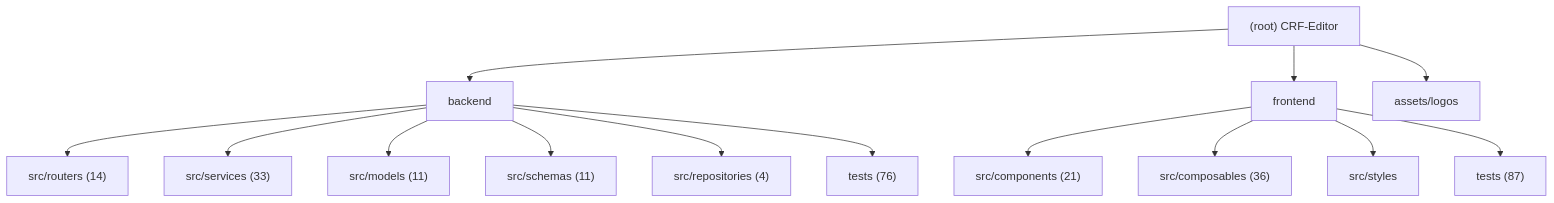
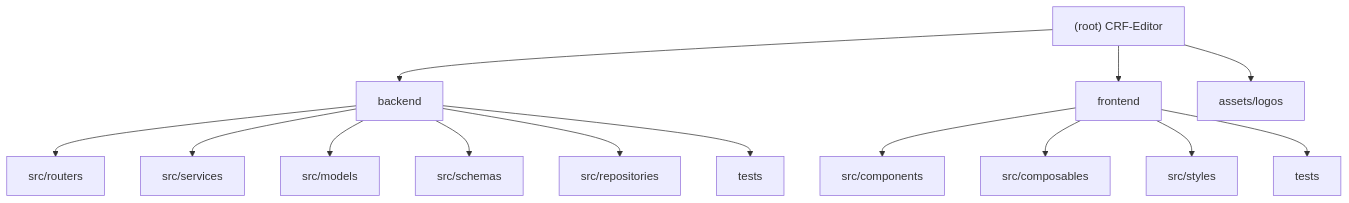
Before and after one commit to decade6666/CRF-Editor: the diagram in .claude/CLAUDE.md, drawn with Mermaid. The commit also changed other lines of this file and 6 other files, not shown here.

````diff
--- a/.claude/CLAUDE.md
+++ b/.claude/CLAUDE.md
@@ -15,19 +15,19 @@
 ```mermaid
 graph TD
     A["(root) CRF-Editor"] --> B["backend"];
-    B --> B1["src/routers (14)"];
-    B --> B2["src/services (33)"];
-    B --> B3["src/models (11)"];
-    B --> B4["src/schemas (11)"];
-    B --> B5["src/repositories (4)"];
-    B --> B6["tests (76)"];
+    B --> B1["src/routers"];
+    B --> B2["src/services"];
+    B --> B3["src/models"];
+    B --> B4["src/schemas"];
+    B --> B5["src/repositories"];
+    B --> B6["tests"];
     A --> C["frontend"];
-    C --> C1["src/components (21)"];
-    C --> C2["src/composables (36)"];
+    C --> C1["src/components"];
+    C --> C2["src/composables"];
     C --> C3["src/styles"];
-    C --> C4["tests (87)"];
+    C --> C4["tests"];
     A --> D["assets/logos"];
 
     click B "./backend/.claude/CLAUDE.md" "View backend module docs"
     click C "./frontend/.claude/CLAUDE.md" "View frontend module docs"
 ```
````
